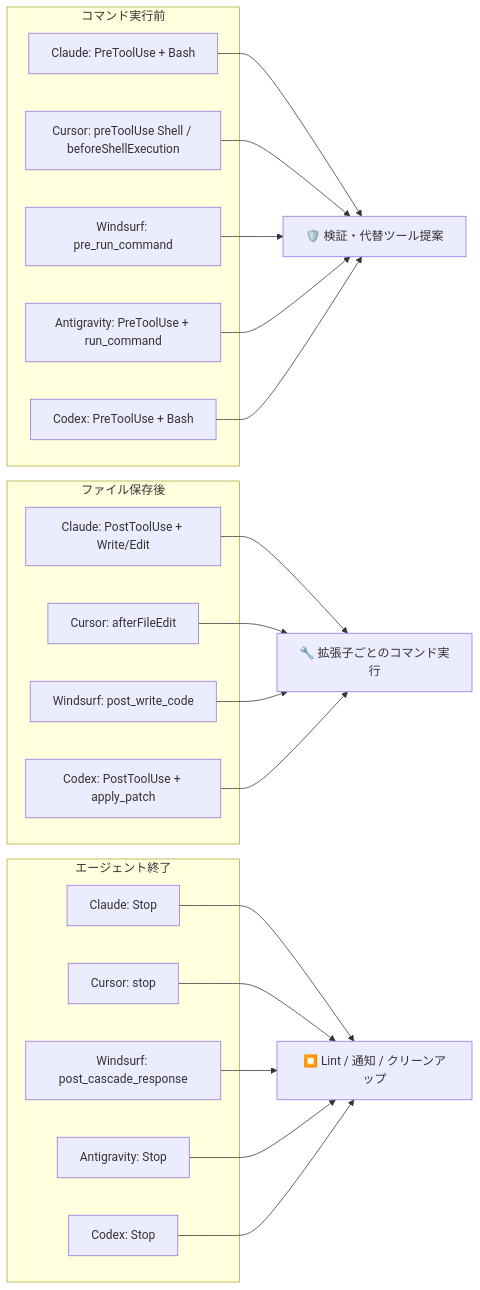
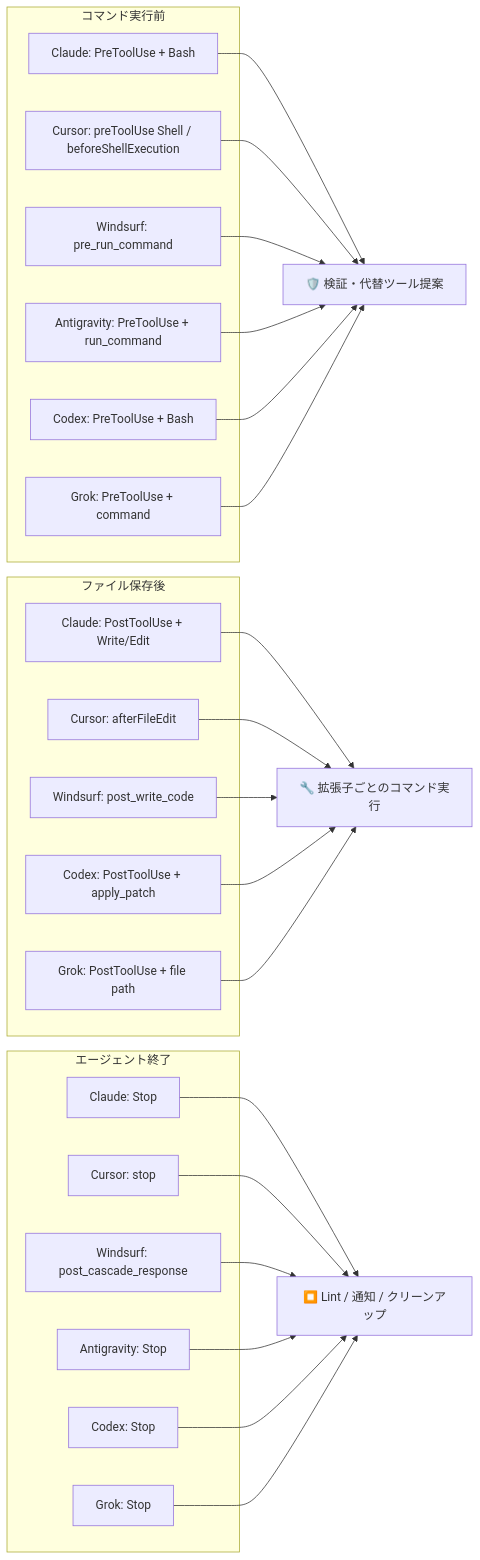
The diagram in README.ja.md (owayo/claw-hooks), drawn with Mermaid before and after one commit. The commit also changed other lines of this file and 6 other files, not shown here.

````diff
--- a/README.ja.md
+++ b/README.ja.md
@@ -852,42 +929,48 @@
 ```mermaid
 graph LR
     subgraph コマンド実行前
         CC1[Claude: PreToolUse + Bash]
         CU1[Cursor: preToolUse Shell / beforeShellExecution]
         WS1[Windsurf: pre_run_command]
         AG1[Antigravity: PreToolUse + run_command]
         CX1[Codex: PreToolUse + Bash]
+        GR1[Grok: PreToolUse + command]
     end
     CH1[🛡️ 検証・代替ツール提案]
     CC1 --> CH1
     CU1 --> CH1
     WS1 --> CH1
     AG1 --> CH1
     CX1 --> CH1
+    GR1 --> CH1
 
     subgraph ファイル保存後
         CC2[Claude: PostToolUse + Write/Edit]
         CU2[Cursor: afterFileEdit]
         WS2[Windsurf: post_write_code]
         CX2[Codex: PostToolUse + apply_patch]
+        GR2[Grok: PostToolUse + file path]
     end
     CH2[🔧 拡張子ごとのコマンド実行]
     CC2 --> CH2
     CU2 --> CH2
     WS2 --> CH2
     CX2 --> CH2
+    GR2 --> CH2
 
     subgraph エージェント終了
         CC3[Claude: Stop]
         CU3[Cursor: stop]
         WS3[Windsurf: post_cascade_response]
         AG3[Antigravity: Stop]
         CX3[Codex: Stop]
+        GR3[Grok: Stop]
     end
     CH3[⏹️ Lint / 通知 / クリーンアップ]
     CC3 --> CH3
     CU3 --> CH3
     WS3 --> CH3
     AG3 --> CH3
     CX3 --> CH3
+    GR3 --> CH3
 ```
````
